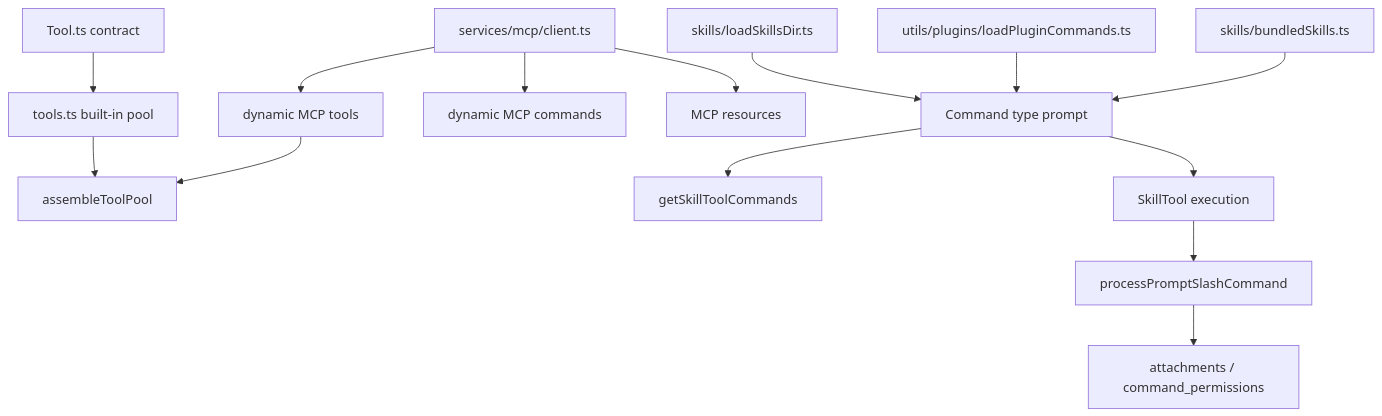
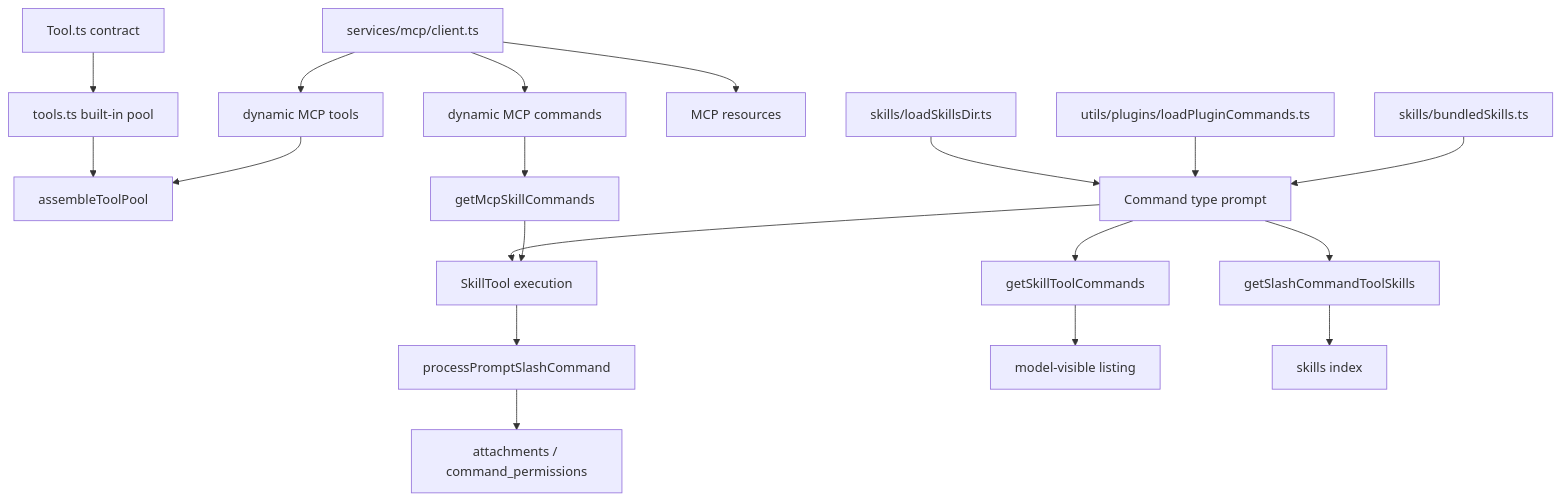
One commit to Boulea7/ClaudeCode-Source-DeepDive changed the diagram in MODULES/05-tools-mcp-skills-and-plugins/DEEP/README.md. Above: the diagram before and after it, drawn with Mermaid. The commit also changed other lines of this file and 2 other files, not shown here.

Commit message:
docs: deepen remaining module source walkthrough details

````diff
--- a/MODULES/05-tools-mcp-skills-and-plugins/DEEP/README.md
+++ b/MODULES/05-tools-mcp-skills-and-plugins/DEEP/README.md
@@ -379,16 +387,21 @@
 ```mermaid
 flowchart TD
     A[Tool.ts contract] --> B[tools.ts built-in pool]
     C[services/mcp/client.ts] --> D[dynamic MCP tools]
     C --> E[dynamic MCP commands]
     C --> F[MCP resources]
     B --> G[assembleToolPool]
     D --> G
     H[skills/loadSkillsDir.ts] --> I[Command type prompt]
     J[utils/plugins/loadPluginCommands.ts] --> I
     K[skills/bundledSkills.ts] --> I
-    I --> L[getSkillToolCommands]
-    I --> M[SkillTool execution]
-    M --> N[processPromptSlashCommand]
-    N --> O[attachments / command_permissions]
+    E --> L[getMcpSkillCommands]
+    I --> M[getSkillToolCommands]
+    I --> N[getSlashCommandToolSkills]
+    I --> O[SkillTool execution]
+    L --> O
+    O --> P[processPromptSlashCommand]
+    M --> Q[model-visible listing]
+    N --> R[skills index]
+    P --> S[attachments / command_permissions]
 ```
````
